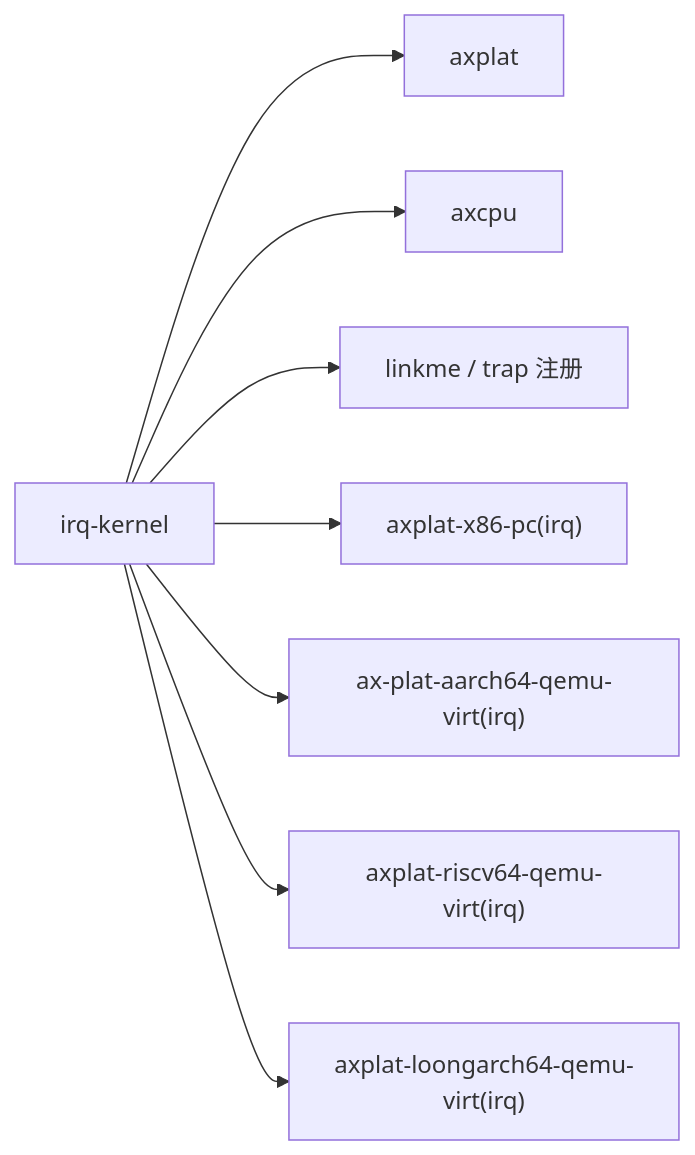
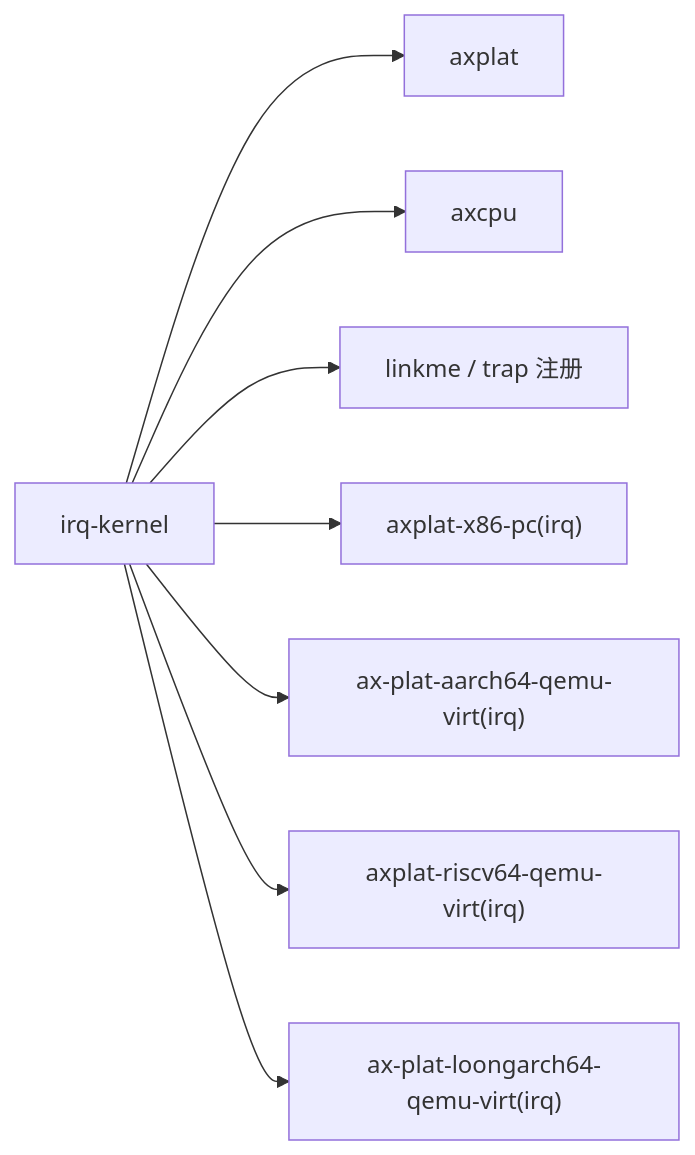
The second of 2 diagrams in docs/crates/irq-kernel.md (zKurisu/tgoskits), drawn with Mermaid before and after one commit. The commit also changed 34 other files, not shown here.

Commit message:
rename axplat-loongarch64-qemu-virt to ax-plat-loongarch64-qemu-virt

````diff
--- a/docs/crates/irq-kernel.md
+++ b/docs/crates/irq-kernel.md
@@ -82,10 +82,10 @@
 ```mermaid
 graph LR
     sample["irq-kernel"] --> axplat["axplat"]
     sample --> axcpu["axcpu"]
     sample --> linkme["linkme / trap 注册"]
     sample --> x86["axplat-x86-pc(irq)"]
     sample --> a64["ax-plat-aarch64-qemu-virt(irq)"]
     sample --> rv["axplat-riscv64-qemu-virt(irq)"]
-    sample --> loong["axplat-loongarch64-qemu-virt(irq)"]
+    sample --> loong["ax-plat-loongarch64-qemu-virt(irq)"]
 ```
````
